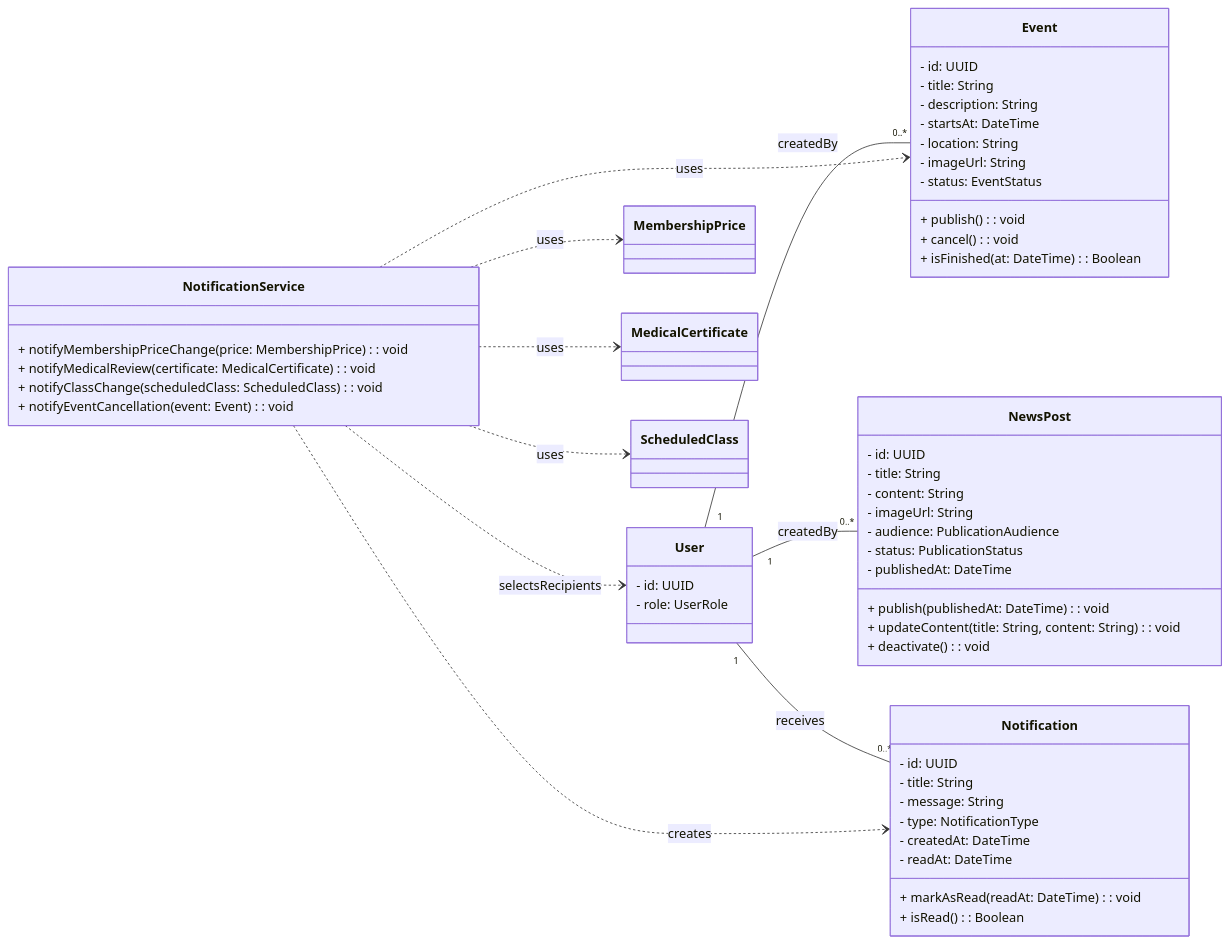
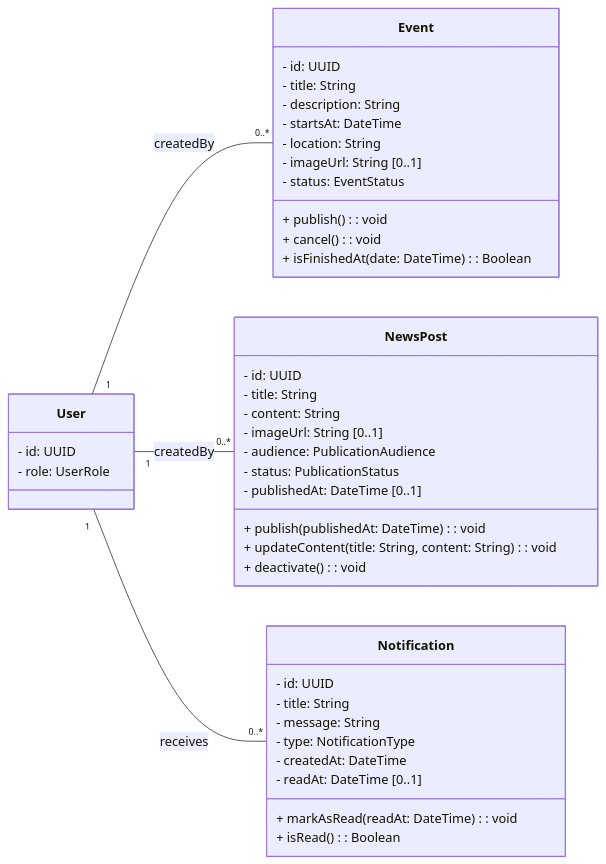
Before and after one commit to MTeamOrg/M-Team: the fifth of 5 diagrams in docs/diagrama-de-clases.md, drawn with Mermaid. The commit also changed other lines of this file, not shown here.

Commit message:
docs: simplify class diagram and refine relationships

````diff
--- a/docs/diagrama-de-clases.md
+++ b/docs/diagrama-de-clases.md
@@ -224,63 +232,50 @@
 ```mermaid
 classDiagram
 direction LR
 
 class User {
   - id: UUID
   - role: UserRole
 }
 
 class Event {
   - id: UUID
   - title: String
   - description: String
   - startsAt: DateTime
   - location: String
-  - imageUrl: String
+  - imageUrl: String [0..1]
   - status: EventStatus
   + publish(): void
   + cancel(): void
-  + isFinished(at: DateTime): Boolean
+  + isFinishedAt(date: DateTime): Boolean
 }
 
 class NewsPost {
   - id: UUID
   - title: String
   - content: String
-  - imageUrl: String
+  - imageUrl: String [0..1]
   - audience: PublicationAudience
   - status: PublicationStatus
-  - publishedAt: DateTime
+  - publishedAt: DateTime [0..1]
   + publish(publishedAt: DateTime): void
   + updateContent(title: String, content: String): void
   + deactivate(): void
 }
 
 class Notification {
   - id: UUID
   - title: String
   - message: String
   - type: NotificationType
   - createdAt: DateTime
-  - readAt: DateTime
+  - readAt: DateTime [0..1]
   + markAsRead(readAt: DateTime): void
   + isRead(): Boolean
-}
-
-class NotificationService {
-  + notifyMembershipPriceChange(price: MembershipPrice): void
-  + notifyMedicalReview(certificate: MedicalCertificate): void
-  + notifyClassChange(scheduledClass: ScheduledClass): void
-  + notifyEventCancellation(event: Event): void
 }
 
 User "1" -- "0..*" Event : createdBy
 User "1" -- "0..*" NewsPost : createdBy
 User "1" -- "0..*" Notification : receives
-NotificationService ..> User : selectsRecipients
-NotificationService ..> Notification : creates
-NotificationService ..> MembershipPrice : uses
-NotificationService ..> MedicalCertificate : uses
-NotificationService ..> ScheduledClass : uses
-NotificationService ..> Event : uses
 ```
````
